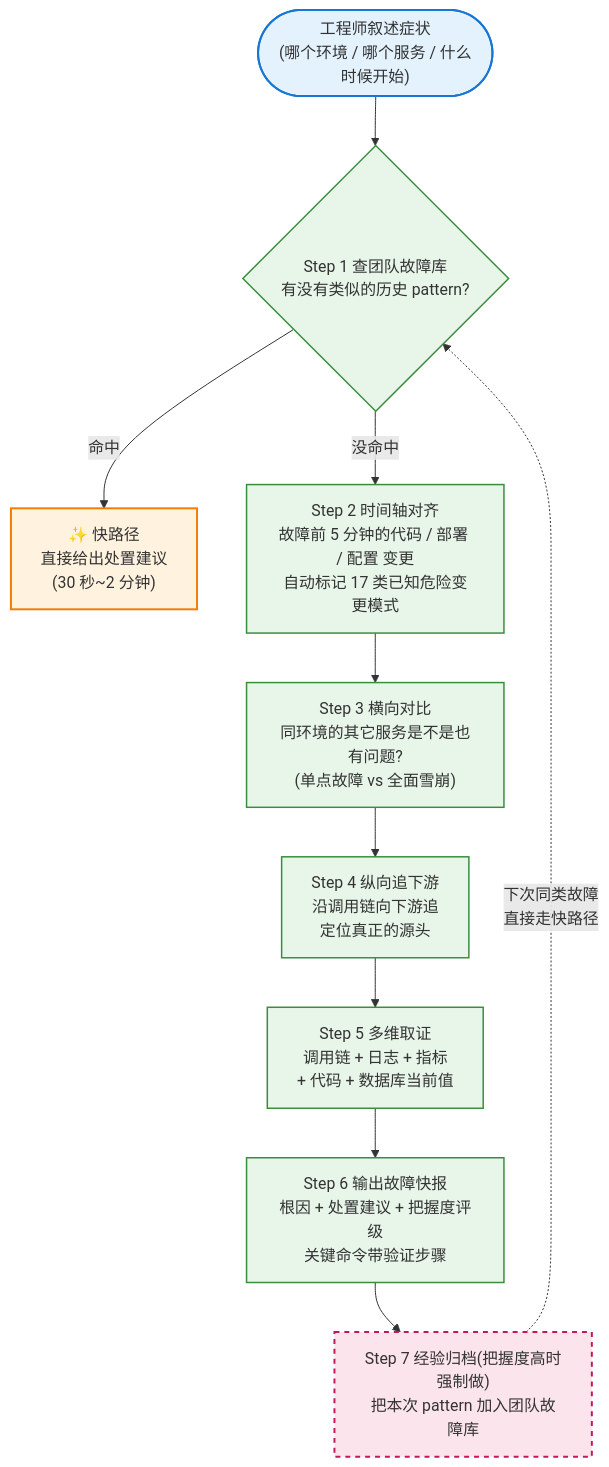
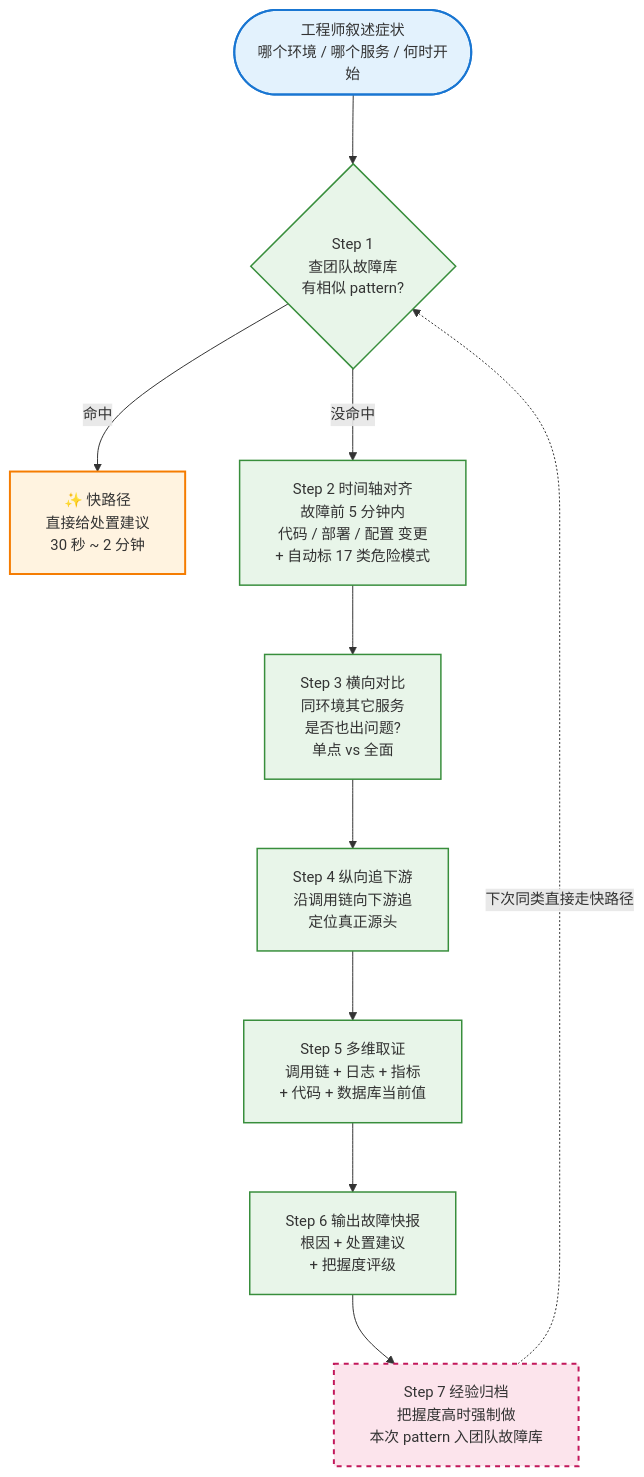
Before and after one commit to 452562082/troubleshooter-studio: the second of 2 diagrams in docs/agent-application.md, drawn with Mermaid. The commit also changed other lines of this file and 1 other file, not shown here.

First line of the commit message:
4 张 Mermaid 流程图调间距 + 拆密集节点,飞书/Word 渲染时文字看得清

````diff
--- a/docs/agent-application.md
+++ b/docs/agent-application.md
@@ -115,22 +137,23 @@
 ```mermaid
+%%{init: {'flowchart': {'nodeSpacing': 55, 'rankSpacing': 70, 'padding': 18}, 'themeVariables': {'fontSize': '15px'}}}%%
 flowchart TB
     classDef step fill:#e8f5e9,stroke:#388e3c,stroke-width:1.5px
     classDef fast fill:#fff3e0,stroke:#f57c00,stroke-width:2px
     classDef start fill:#e3f2fd,stroke:#1976d2,stroke-width:2px
     classDef loop fill:#fce4ec,stroke:#c2185b,stroke-width:2px,stroke-dasharray:5
 
-    Start(["工程师叙述症状<br/>(哪个环境 / 哪个服务 / 什么时候开始)"]):::start
-    S1{"Step 1 查团队故障库<br/>有没有类似的历史 pattern?"}:::step
-    Fast["✨ 快路径<br/>直接给出处置建议<br/>(30 秒~2 分钟)"]:::fast
-    S2["Step 2 时间轴对齐<br/>故障前 5 分钟的代码 / 部署 / 配置 变更<br/>自动标记 17 类已知危险变更模式"]:::step
-    S3["Step 3 横向对比<br/>同环境的其它服务是不是也有问题?<br/>(单点故障 vs 全面雪崩)"]:::step
-    S4["Step 4 纵向追下游<br/>沿调用链向下游追<br/>定位真正的源头"]:::step
+    Start(["工程师叙述症状<br/>哪个环境 / 哪个服务 / 何时开始"]):::start
+    S1{"Step 1<br/>查团队故障库<br/>有相似 pattern?"}:::step
+    Fast["✨ 快路径<br/>直接给处置建议<br/>30 秒 ~ 2 分钟"]:::fast
+    S2["Step 2 时间轴对齐<br/>故障前 5 分钟内<br/>代码 / 部署 / 配置 变更<br/>+ 自动标 17 类危险模式"]:::step
+    S3["Step 3 横向对比<br/>同环境其它服务<br/>是否也出问题?<br/>单点 vs 全面"]:::step
+    S4["Step 4 纵向追下游<br/>沿调用链向下游追<br/>定位真正源头"]:::step
     S5["Step 5 多维取证<br/>调用链 + 日志 + 指标<br/>+ 代码 + 数据库当前值"]:::step
-    S6["Step 6 输出故障快报<br/>根因 + 处置建议 + 把握度评级<br/>关键命令带验证步骤"]:::step
-    S7["Step 7 经验归档(把握度高时强制做)<br/>把本次 pattern 加入团队故障库"]:::loop
+    S6["Step 6 输出故障快报<br/>根因 + 处置建议<br/>+ 把握度评级"]:::step
+    S7["Step 7 经验归档<br/>把握度高时强制做<br/>本次 pattern 入团队故障库"]:::loop
 
     Start --> S1
     S1 -->|命中| Fast
     S1 -->|没命中| S2 --> S3 --> S4 --> S5 --> S6 --> S7
-    S7 -.下次同类故障<br/>直接走快路径.-> S1
+    S7 -.下次同类直接走快路径.-> S1
 ```
````
